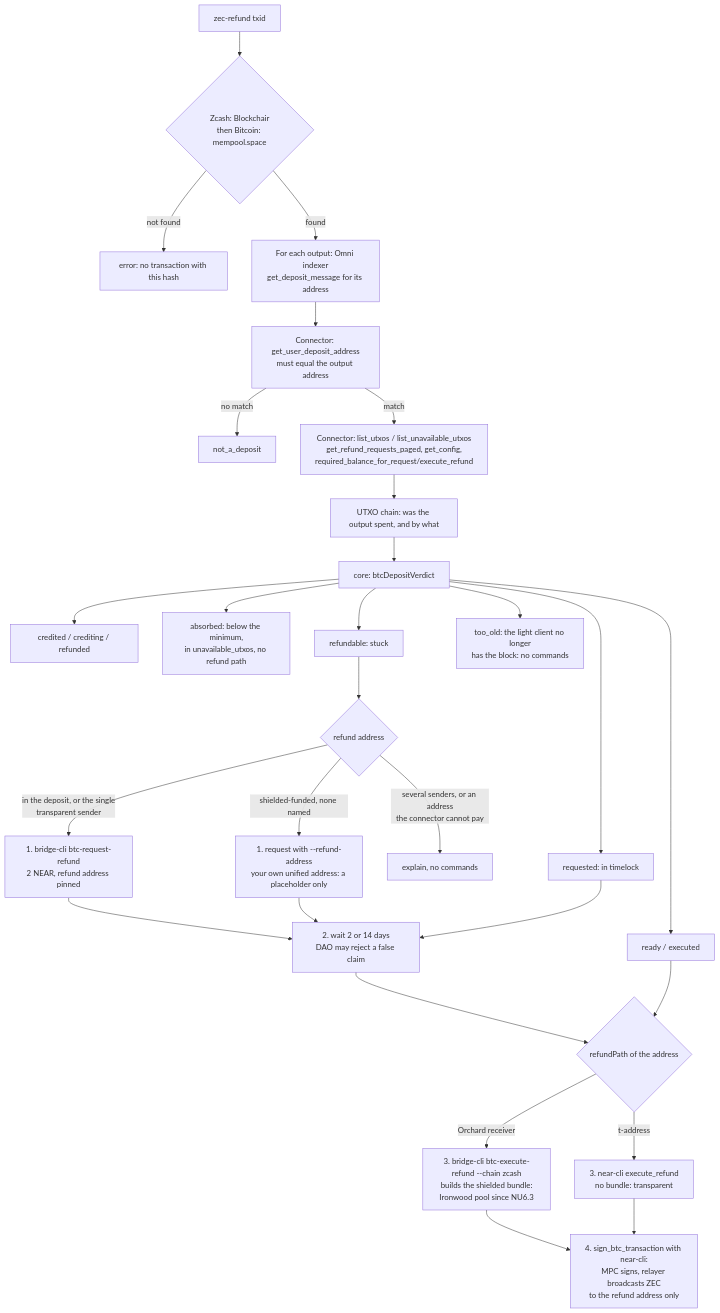
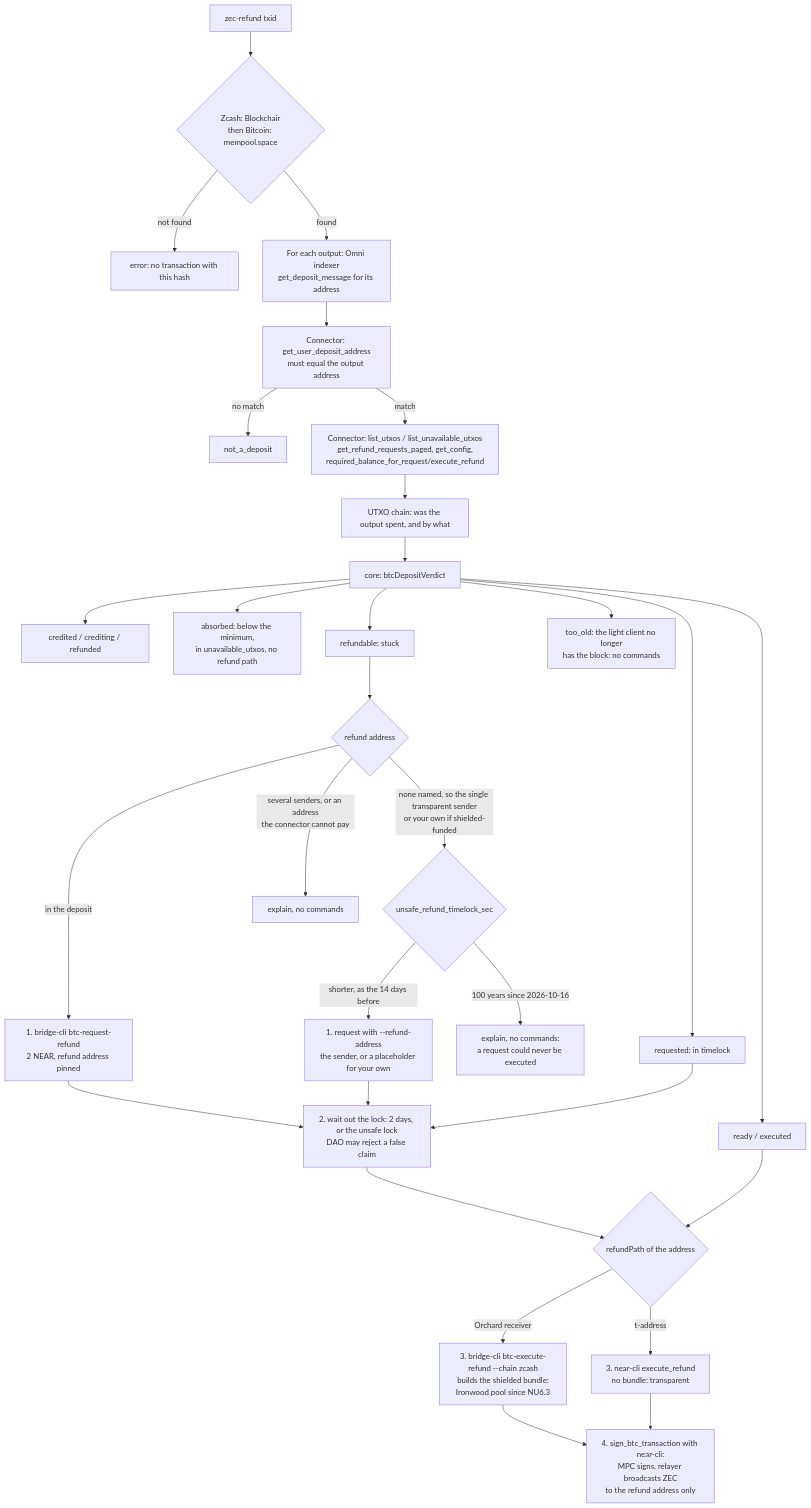
Before and after one commit to cryppit/zec-refund-helper: the diagram in ARCHITECTURE.md, drawn with Mermaid. The commit also changed 15 other files, not shown here.

````diff
--- a/ARCHITECTURE.md
+++ b/ARCHITECTURE.md
@@ -20,30 +20,32 @@
 ```mermaid
 flowchart TD
   A[zec-refund txid] --> B{Zcash: Blockchair<br/>then Bitcoin: mempool.space}
   B -- not found --> E1[error: no transaction with this hash]
   B -- found --> C[For each output: Omni indexer<br/>get_deposit_message for its address]
   C --> D[Connector: get_user_deposit_address<br/>must equal the output address]
   D -- no match --> V0[not_a_deposit]
   D -- match --> F[Connector: list_utxos / list_unavailable_utxos<br/>get_refund_requests_paged, get_config,<br/>required_balance_for_request/execute_refund]
   F --> G[UTXO chain: was the output spent, and by what]
   G --> H[core: btcDepositVerdict]
   H --> V1[credited / crediting / refunded]
   H --> V5[absorbed: below the minimum,<br/>in unavailable_utxos, no refund path]
   H --> V2[refundable: stuck]
   H --> V6[too_old: the light client no longer<br/>has the block: no commands]
   H --> V3[requested: in timelock]
   H --> V4[ready / executed]
   V2 --> R{refund address}
-  R -- in the deposit, or the single<br/>transparent sender --> S1[1. bridge-cli btc-request-refund<br/>2 NEAR, refund address pinned]
-  R -- shielded-funded, none named --> S1b[1. request with --refund-address<br/>your own unified address: a placeholder only]
+  R -- in the deposit --> S1[1. bridge-cli btc-request-refund<br/>2 NEAR, refund address pinned]
+  R -- none named, so the single transparent sender<br/>or your own if shielded-funded --> U{unsafe_refund_timelock_sec}
+  U -- 100 years since 2026-10-16 --> X2[explain, no commands:<br/>a request could never be executed]
+  U -- shorter, as the 14 days before --> S1b[1. request with --refund-address<br/>the sender, or a placeholder for your own]
   R -- several senders, or an address<br/>the connector cannot pay --> X[explain, no commands]
-  S1 --> S2[2. wait 2 or 14 days<br/>DAO may reject a false claim]
+  S1 --> S2[2. wait out the lock: 2 days, or the unsafe lock<br/>DAO may reject a false claim]
   S1b --> S2
   V3 --> S2
   S2 --> P{refundPath of the address}
   V4 --> P
   P -- Orchard receiver --> S3a[3. bridge-cli btc-execute-refund --chain zcash<br/>builds the shielded bundle:<br/>Ironwood pool since NU6.3]
   P -- t-address --> S3b[3. near-cli execute_refund<br/>no bundle: transparent]
   S3a --> S4[4. sign_btc_transaction with near-cli:<br/>MPC signs, relayer broadcasts ZEC<br/>to the refund address only]
   S3b --> S4
 ```
````
